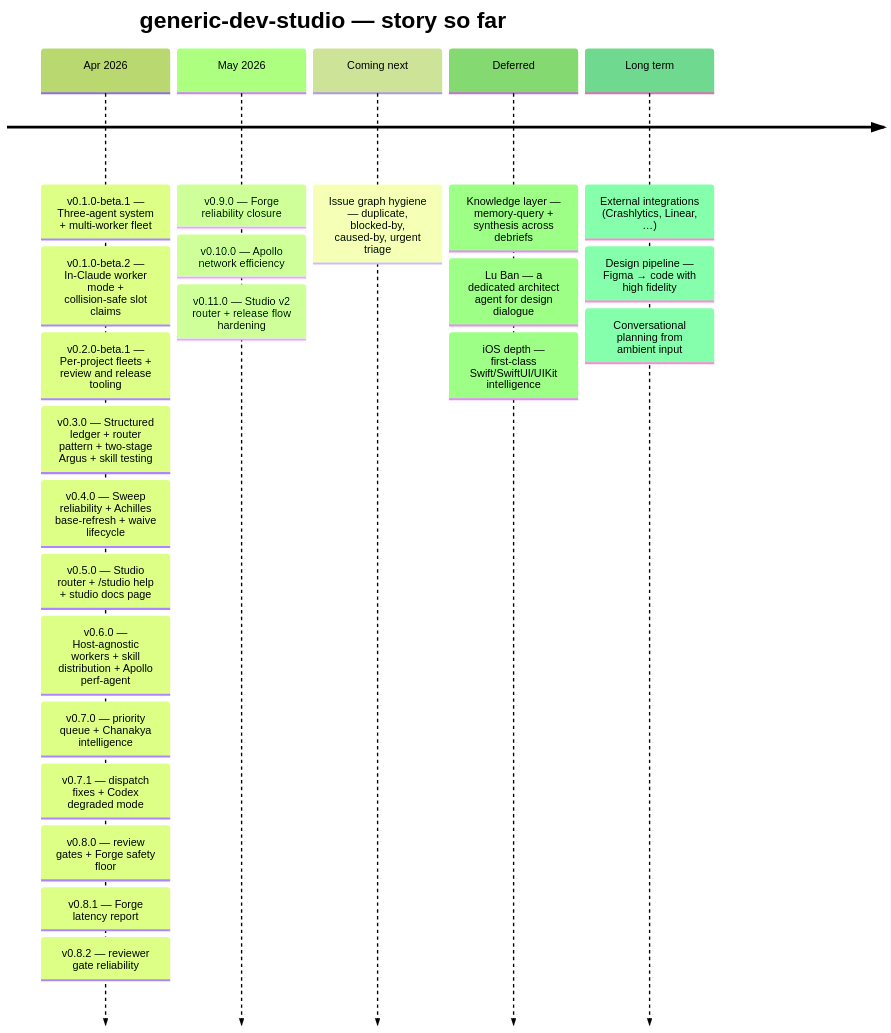
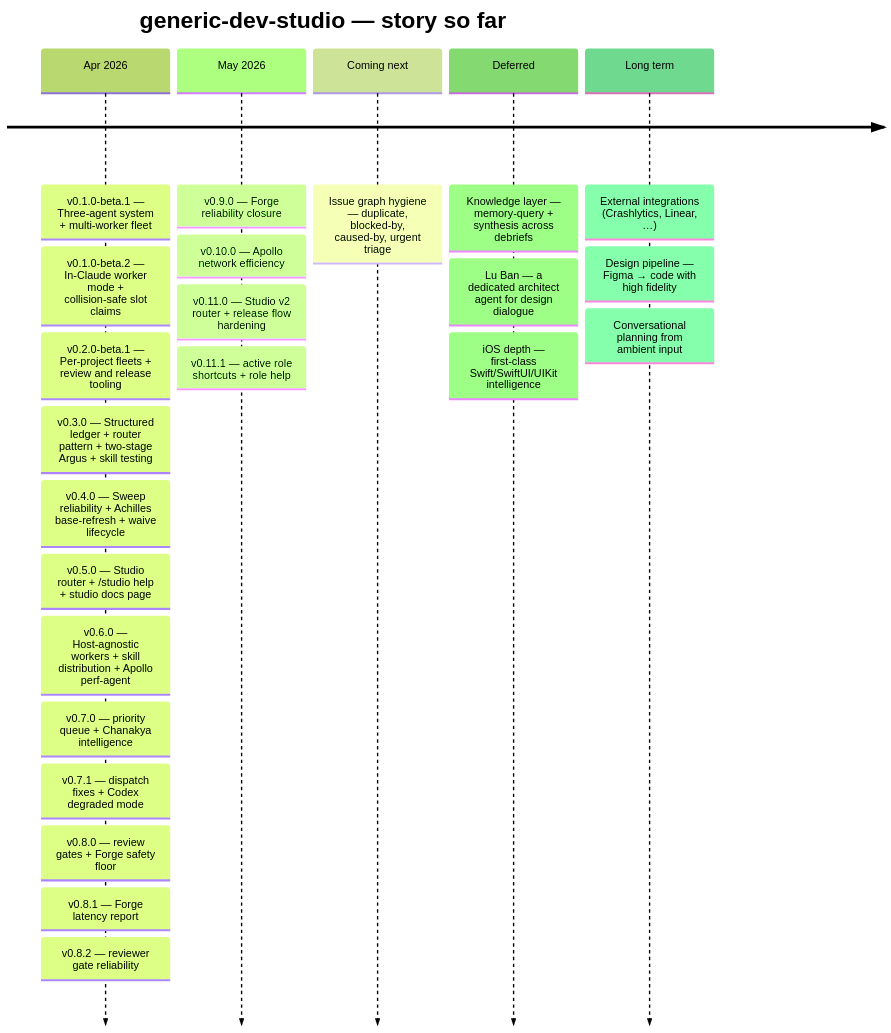
The diagram in README.md (v-i-s-h-a-l/generic-dev-studio), drawn with Mermaid (forest theme) before and after one commit. The commit also changed other lines of this file and 2 other files, not shown here.

Commit message:
README: v0.11.1 timeline and story update

````diff
--- a/README.md
+++ b/README.md
@@ -13,26 +13,27 @@
 ```mermaid
 timeline
     title generic-dev-studio — story so far
     Apr 2026 : v0.1.0-beta.1 — Three-agent system + multi-worker fleet
              : v0.1.0-beta.2 — In-Claude worker mode + collision-safe slot claims
              : v0.2.0-beta.1 — Per-project fleets + review and release tooling
              : v0.3.0 — Structured ledger + router pattern + two-stage Argus + skill testing
              : v0.4.0 — Sweep reliability + Achilles base-refresh + waive lifecycle
              : v0.5.0 — Studio router + /studio help + studio docs page
              : v0.6.0 — Host-agnostic workers + skill distribution + Apollo perf-agent
              : v0.7.0 — priority queue + Chanakya intelligence
              : v0.7.1 — dispatch fixes + Codex degraded mode
              : v0.8.0 — review gates + Forge safety floor
              : v0.8.1 — Forge latency report
              : v0.8.2 — reviewer gate reliability
     May 2026 : v0.9.0 — Forge reliability closure
              : v0.10.0 — Apollo network efficiency
              : v0.11.0 — Studio v2 router + release flow hardening
+             : v0.11.1 — active role shortcuts + role help
     Coming next : Issue graph hygiene — duplicate, blocked-by, caused-by, urgent triage
     Deferred : Knowledge layer — memory-query + synthesis across debriefs
              : Lu Ban — a dedicated architect agent for design dialogue
              : iOS depth — first-class Swift/SwiftUI/UIKit intelligence
     Long term : External integrations (Crashlytics, Linear, …)
               : Design pipeline — Figma → code with high fidelity
               : Conversational planning from ambient input
 ```
````
